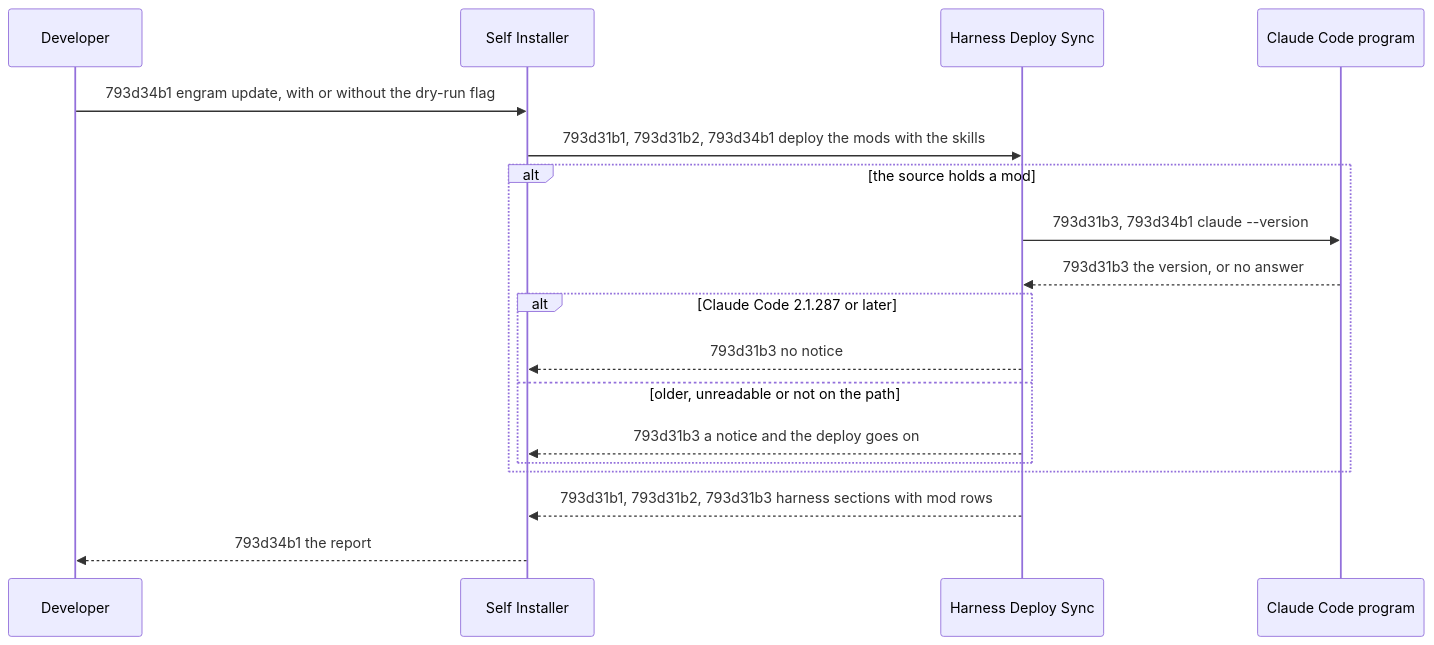
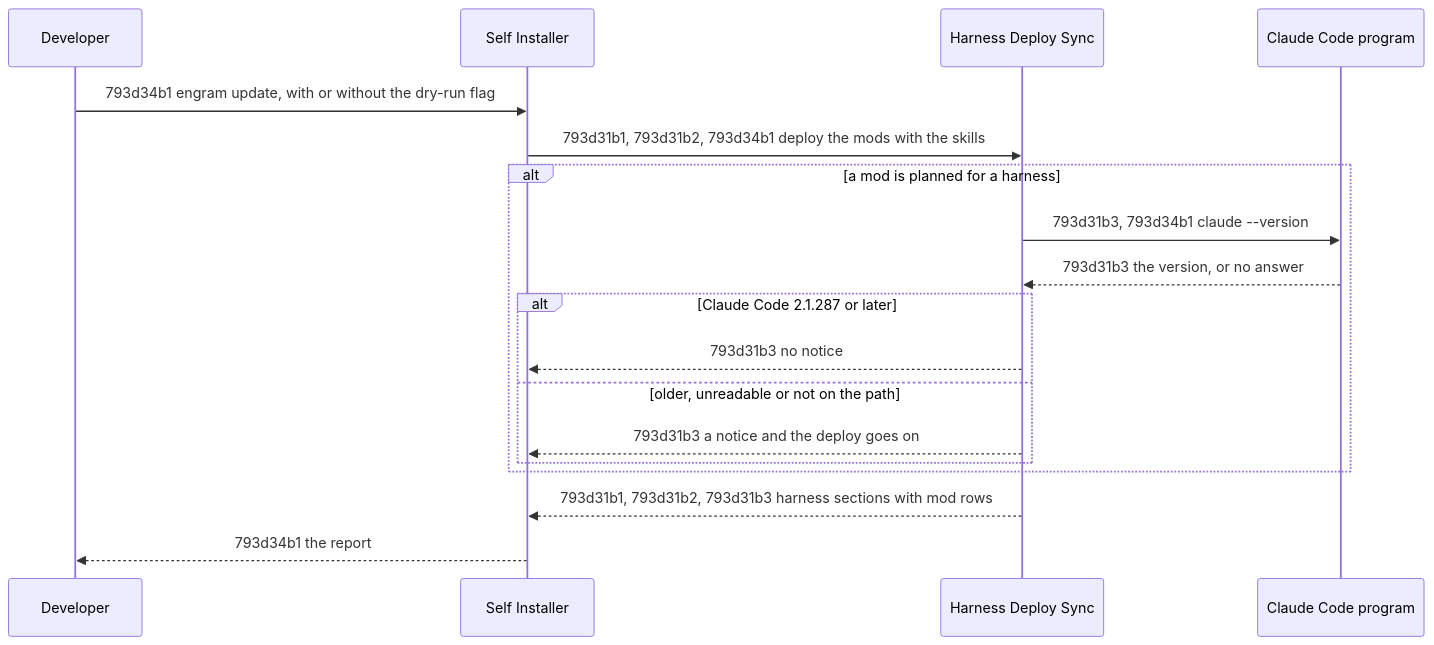
The third of 3 diagrams in docs/changes/793_parallel-memory-agent/793d_technical-spec.md (toejough/engram), drawn with Mermaid before and after one commit. The commit also changed other lines of this file and 15 other files, not shown here.

First line of the commit message:
docs(793e8q): the component and flow specs are written from the refactored system

````diff
--- a/docs/changes/793_parallel-memory-agent/793d_technical-spec.md
+++ b/docs/changes/793_parallel-memory-agent/793d_technical-spec.md
@@ -1262,21 +1506,21 @@
 ```mermaid
 sequenceDiagram
     participant Dev as Developer
     participant SI as Self Installer
     participant HDS as Harness Deploy Sync
     participant CC as Claude Code program
 
     Dev->>SI: 793d34b1 engram update, with or without the dry-run flag
     SI->>HDS: 793d31b1, 793d31b2, 793d34b1 deploy the mods with the skills
-    alt the source holds a mod
+    alt a mod is planned for a harness
         HDS->>CC: 793d31b3, 793d34b1 claude --version
         CC-->>HDS: 793d31b3 the version, or no answer
         alt Claude Code 2.1.287 or later
             HDS-->>SI: 793d31b3 no notice
         else older, unreadable or not on the path
             HDS-->>SI: 793d31b3 a notice and the deploy goes on
         end
     end
     HDS-->>SI: 793d31b1, 793d31b2, 793d31b3 harness sections with mod rows
     SI-->>Dev: 793d34b1 the report
 ```
````
